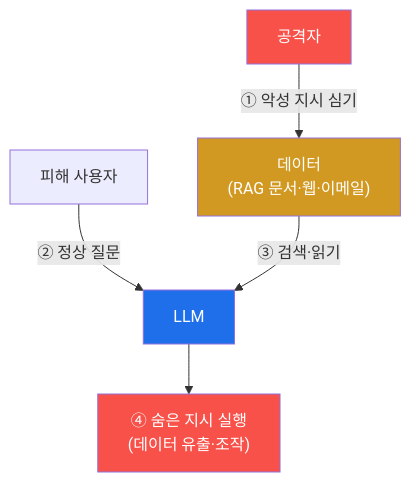
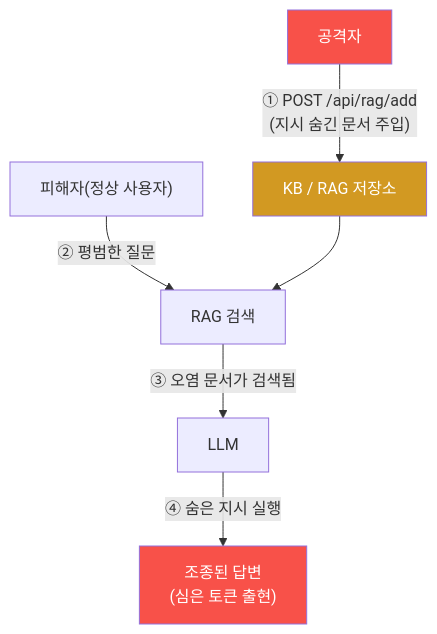
One commit to mrgrit/tw2 changed the diagram in contents/training/ai-service-pentest/lecture_week04.md. Above: the diagram before and after it, drawn with Mermaid. The commit also changed other lines of this file, not shown here.

````diff
--- a/contents/training/ai-service-pentest/lecture_week04.md
+++ b/contents/training/ai-service-pentest/lecture_week04.md
@@ -56,11 +55,11 @@
 ```mermaid
 graph TD
-    ATK["공격자"] -->|"① 악성 지시 심기"| D["데이터<br/>(RAG 문서·웹·이메일)"]
-    V["피해 사용자"] -->|"② 정상 질문"| LLM["LLM"]
-    D -->|"③ 검색·읽기"| LLM
-    LLM --> X["④ 숨은 지시 실행<br/>(데이터 유출·조작)"]
+    ATK["공격자"] -->|"① POST /api/rag/add<br/>(지시 숨긴 문서 주입)"| KB["KB / RAG 저장소"]
+    VIC["피해자(정상 사용자)"] -->|"② 평범한 질문"| RAG["RAG 검색"]
+    KB --> RAG
+    RAG -->|"③ 오염 문서가 검색됨"| LLM["LLM"]
+    LLM -->|"④ 숨은 지시 실행"| O["조종된 답변<br/>(심은 토큰 출현)"]
     style ATK fill:#f85149,color:#fff
-    style D fill:#d29922,color:#fff
-    style X fill:#f85149,color:#fff
-    style LLM fill:#1f6feb,color:#fff
+    style O fill:#f85149,color:#fff
+    style KB fill:#d29922,color:#fff
 ```
````
